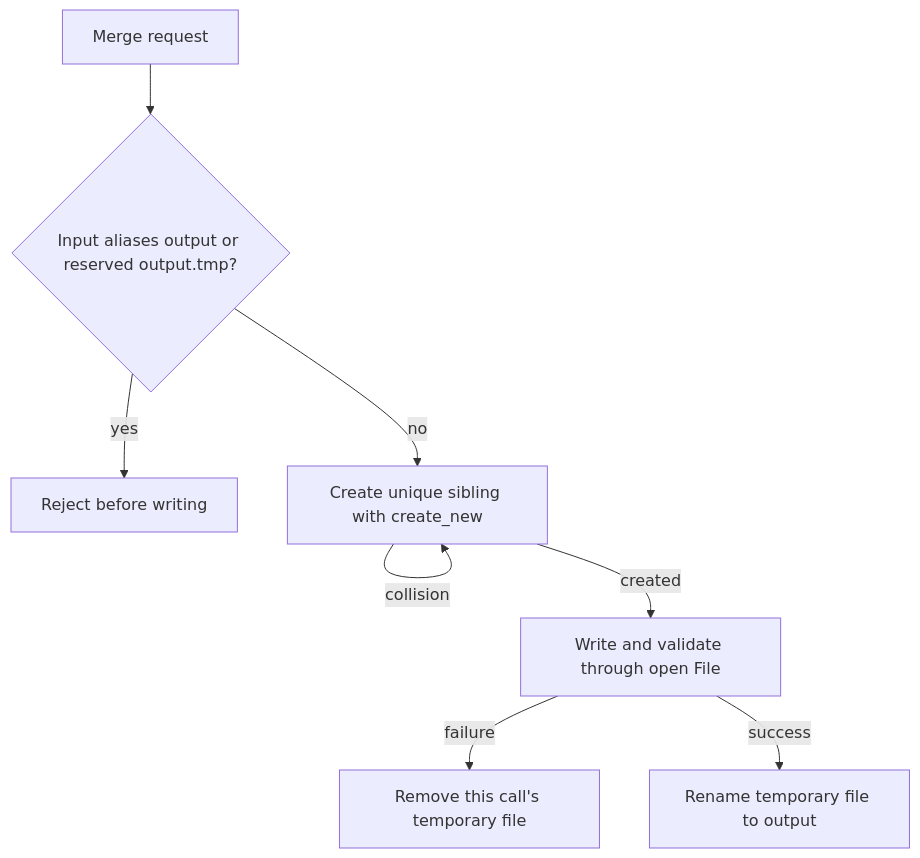
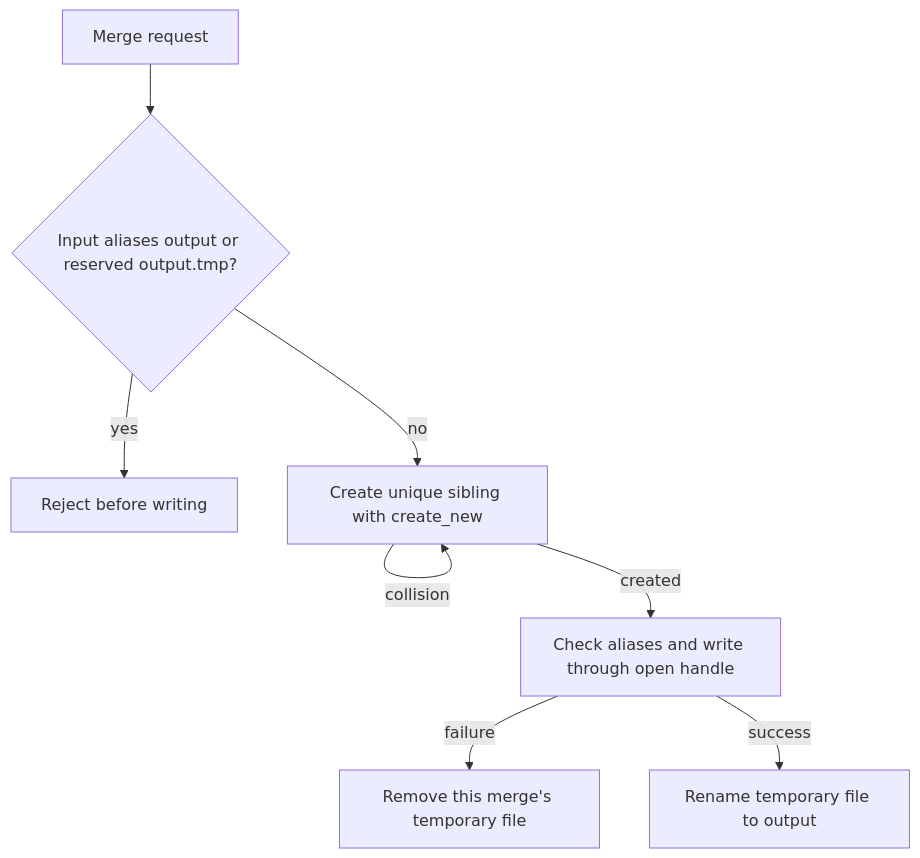
The diagram in docs/archive/pr-summaries/pr-summary-2450.md (stSoftwareAU/NEAT-AI-Discovery), drawn with Mermaid before and after one commit. The commit also changed other lines of this file, not shown here.

````diff
--- a/docs/archive/pr-summaries/pr-summary-2450.md
+++ b/docs/archive/pr-summaries/pr-summary-2450.md
@@ -42,10 +48,10 @@
 ```mermaid
 flowchart TD
     A[Merge request] --> B{Input aliases output or reserved output.tmp?}
     B -- yes --> C[Reject before writing]
     B -- no --> D[Create unique sibling with create_new]
     D -- collision --> D
-    D -- created --> E[Write and validate through open File]
-    E -- failure --> F[Remove this call's temporary file]
+    D -- created --> E[Check aliases and write through open handle]
+    E -- failure --> F[Remove this merge's temporary file]
     E -- success --> G[Rename temporary file to output]
 ```
````
